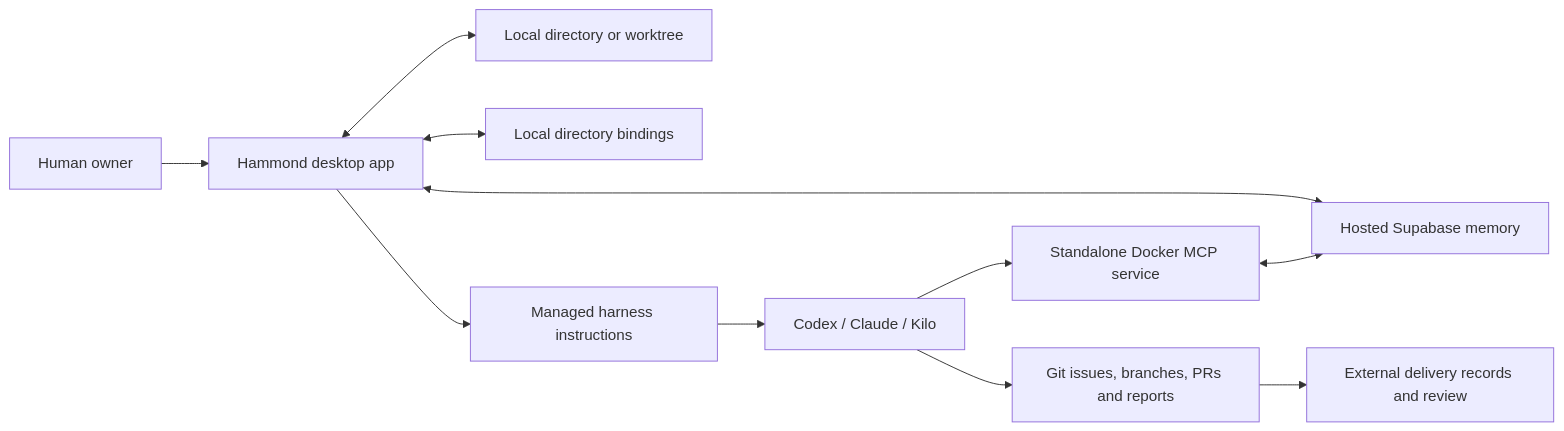
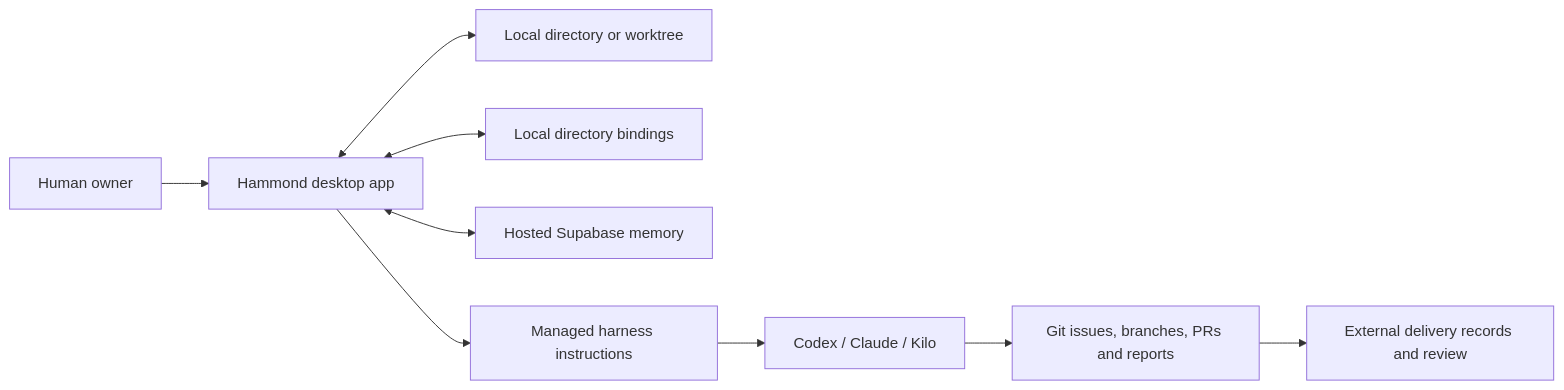
The diagram in docs/ARCHITECTURE.md (Ipat-O/Hammond-3.0), drawn with Mermaid before and after one commit. The commit also changed other lines of this file and 9 other files, not shown here.

````diff
--- a/docs/ARCHITECTURE.md
+++ b/docs/ARCHITECTURE.md
@@ -21,13 +17,13 @@
 ```mermaid
 flowchart LR
     Owner["Human owner"] --> App["Hammond desktop app"]
     App <--> Local["Local directory or worktree"]
     App <--> Settings["Local directory bindings"]
     App <--> DB["Hosted Supabase memory"]
-    Agents --> MCP["Standalone Docker MCP service"]
-    MCP <--> DB
+
+
     App --> Docs["Managed harness instructions"]
     Docs --> Agents["Codex / Claude / Kilo"]
     Agents --> Git["Git issues, branches, PRs and reports"]
     Git --> Evidence["External delivery records and review"]
 ```
````
